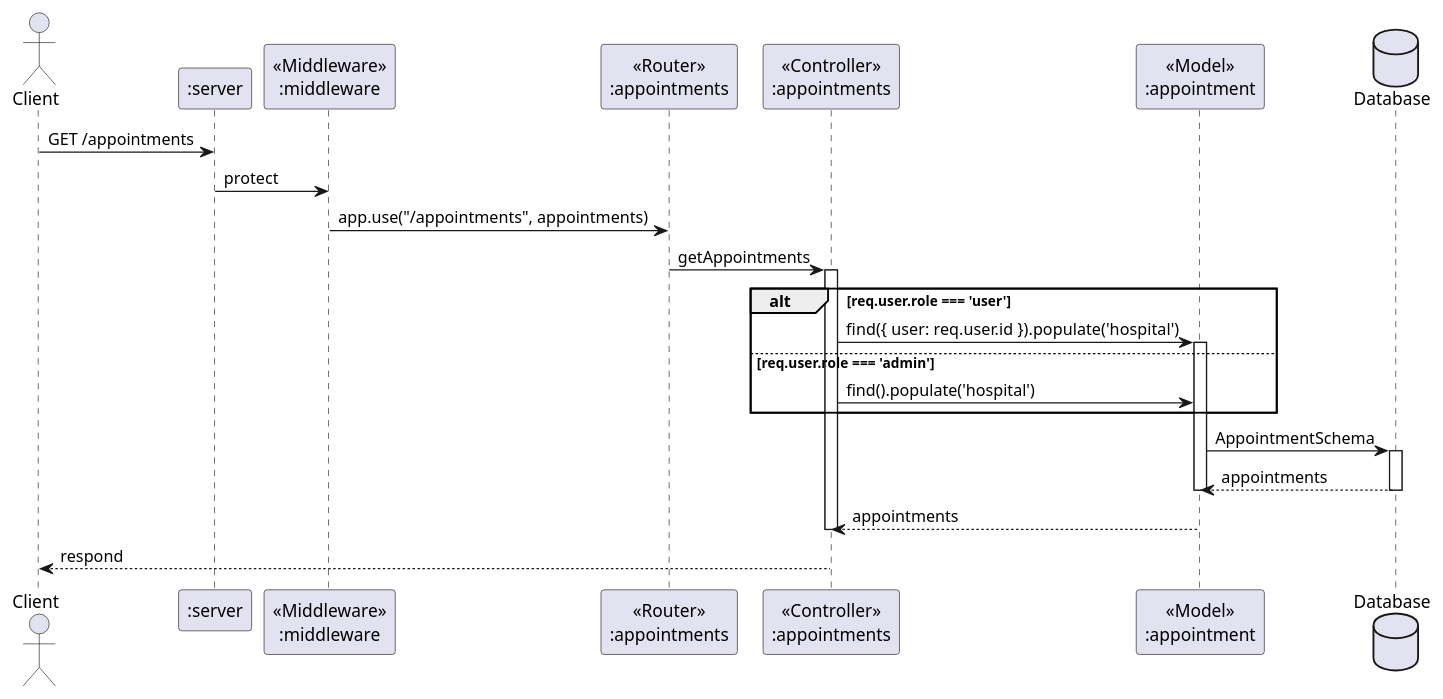
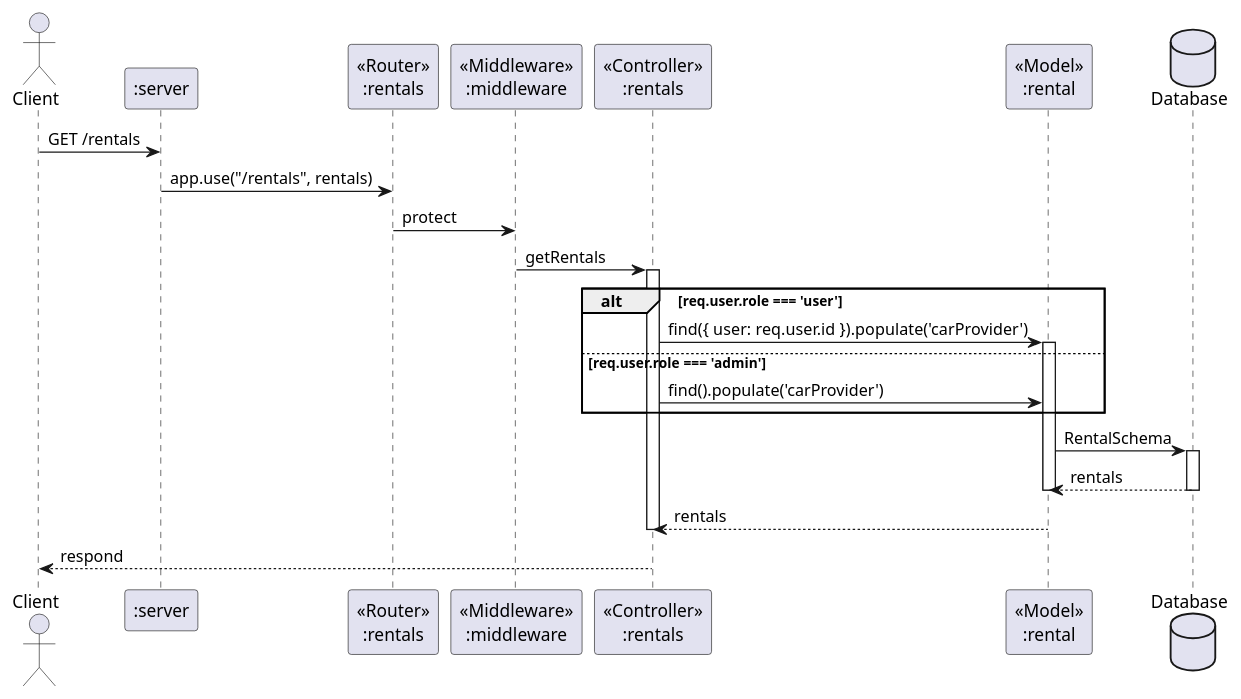
One commit to cchaiyatad/RenC changed the diagram in docs/sequence_diagram/rentals/get_all.pu. Above: the diagram before and after it, drawn with PlantUML. The commit also changed 14 other files, not shown here.

```diff
--- a/docs/sequence_diagram/rentals/get_all.pu
+++ b/docs/sequence_diagram/rentals/get_all.pu
@@ -1,33 +1,32 @@
-@startuml GET /appointments
+@startuml GET /rentals
 actor       Client       as client
 participant ":server" as server 
+participant "<<Router>>\n:rentals" as rentals_router 
 participant "<<Middleware>>\n:middleware" as middleware 
-participant "<<Router>>\n:appointments" as appointments_router 
-participant "<<Controller>>\n:appointments" as appointments_con 
-participant "<<Model>>\n:appointment" as appointments_model 
+participant "<<Controller>>\n:rentals" as rentals_con 
+participant "<<Model>>\n:rental" as rentals_model 
 database Database as db
 
-client -> server : GET /appointments
-
-server -> middleware : protect
-middleware -> appointments_router  : app.use("/appointments", appointments)
-appointments_router -> appointments_con : getAppointments
-activate appointments_con
+client -> server : GET /rentals
+server -> rentals_router  : app.use("/rentals", rentals)
+rentals_router -> middleware : protect
+middleware -> rentals_con : getRentals
+activate rentals_con
     
     alt req.user.role === 'user'
-        appointments_con -> appointments_model : find({ user: req.user.id }).populate('hospital')
-        activate appointments_model
+        rentals_con -> rentals_model : find({ user: req.user.id }).populate('carProvider')
+        activate rentals_model
     else req.user.role === 'admin'
-        appointments_con -> appointments_model : find().populate('hospital')
+        rentals_con -> rentals_model : find().populate('carProvider')
     end
 
-    appointments_model -> db : AppointmentSchema
+    rentals_model -> db : RentalSchema
         activate db
-        db --> appointments_model : appointments
+        db --> rentals_model : rentals
         deactivate db
-    deactivate appointments_model
-    appointments_model --> appointments_con : appointments
-deactivate appointments_con
+    deactivate rentals_model
+    rentals_model --> rentals_con : rentals
+deactivate rentals_con
 
-appointments_con --> client :respond
+rentals_con --> client :respond
 @enduml
```
